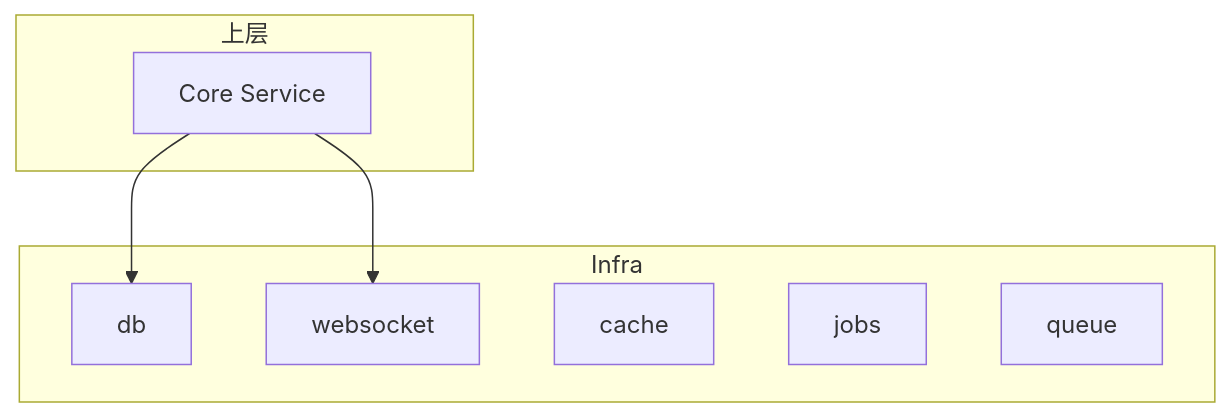
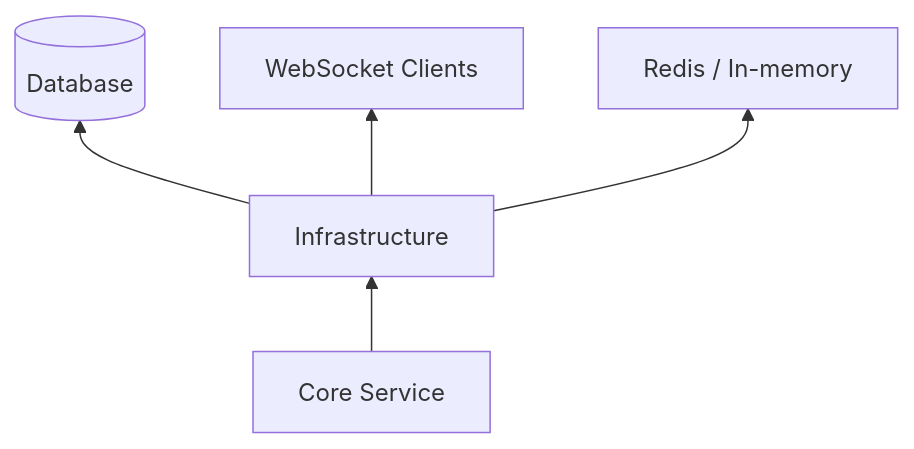
One commit to AruNi-01/atmos changed the diagram in .atmos/wiki/deep-dive/infra/index.md. Above: the diagram before and after it, drawn with Mermaid. The commit also changed other lines of this file and 49 other files, not shown here.

````diff
--- a/.atmos/wiki/deep-dive/infra/index.md
+++ b/.atmos/wiki/deep-dive/infra/index.md
@@ -25,17 +31,7 @@
 ```mermaid
-graph TB
-    subgraph Infra
-        DB[db]
-        WS[websocket]
-        Cache[cache]
-        Jobs[jobs]
-        Queue[queue]
-    end
-
-    subgraph 上层
-        L3[Core Service]
-    end
-
-    L3 --> DB
-    L3 --> WS
+graph BT
+    Service[Core Service] --> Infra[Infrastructure]
+    Infra --> DB[(Database)]
+    Infra --> WS[WebSocket Clients]
+    Infra --> Cache[Redis / In-memory]
 ```
````
